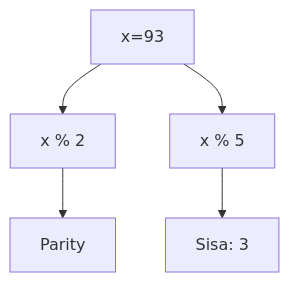
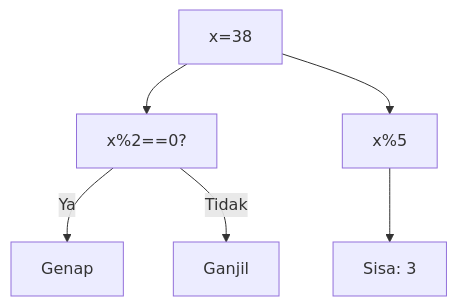
Diagram 12 of 25 in part-c-pemahaman-cpp/04-fungsi/latihan/set-10.md (amnahwaida/OSNK_INF_PREP), drawn with Mermaid before and after one commit. The commit also changed other lines of this file and 71 other files, not shown here.

Commit message:
Fixed Mermaid syntax lexical errors with quoted labels in 1,800 questions

````diff
--- a/part-c-pemahaman-cpp/04-fungsi/latihan/set-10.md
+++ b/part-c-pemahaman-cpp/04-fungsi/latihan/set-10.md
@@ -265,7 +380,8 @@
 ```mermaid
 graph TD
-A[x=93] --> B[x % 2]
-B --> C[Parity]
-A --> D[x % 5]
-D --> E[Sisa: 3]
+A["x=38"] --> B["x%2==0?"]
+B -- Ya --> C["Genap"]
+B -- Tidak --> D["Ganjil"]
+A --> E["x%5"]
+E --> F["Sisa: 3"]
 ```
````
